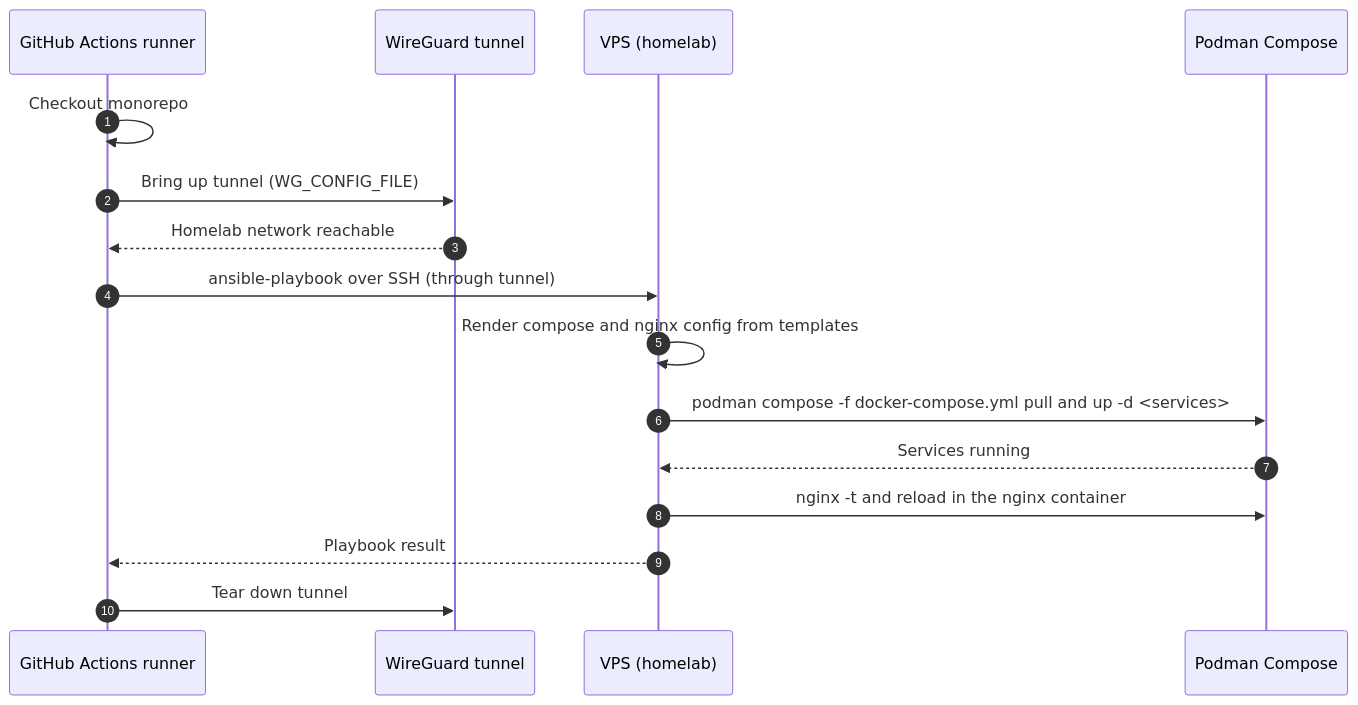
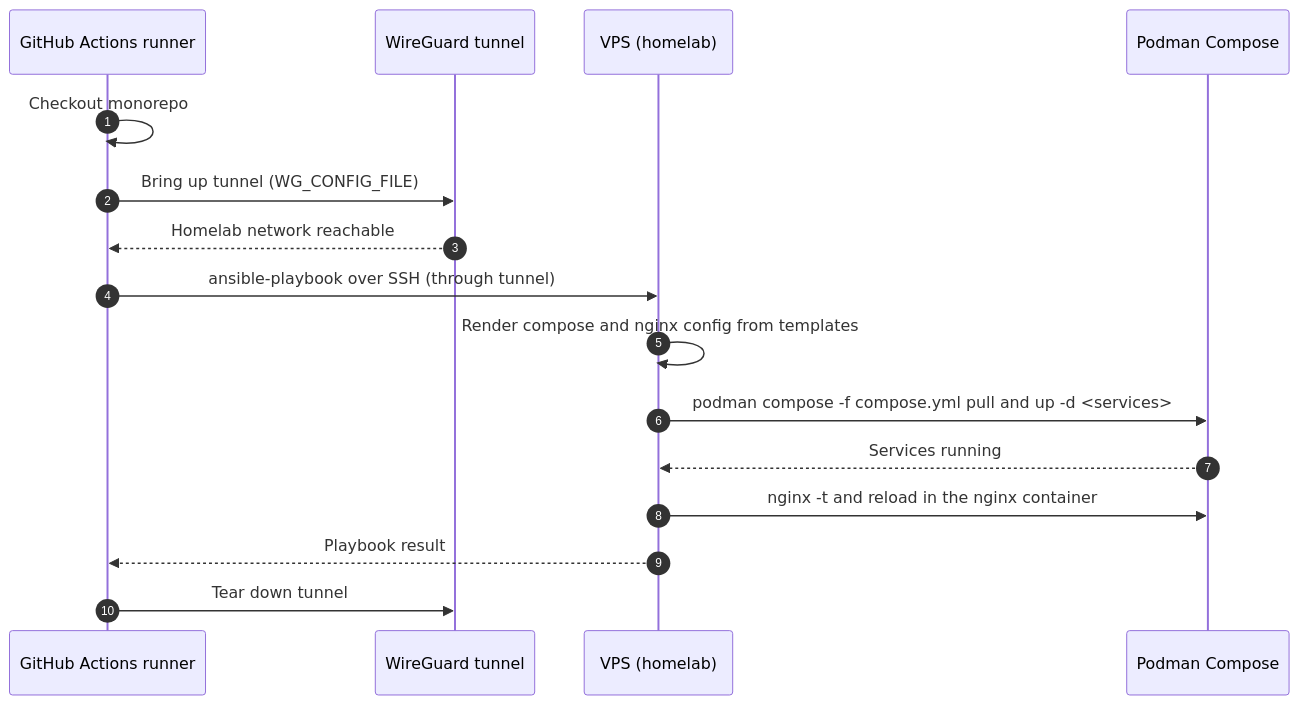
One commit to diogocerqueiralima/vehicle-tracker changed the diagram in vehicle-tracker-infrastructure/docs/overview.md. Above: the diagram before and after it, drawn with Mermaid. The commit also changed other lines of this file and 1 other file, not shown here.

Commit message:
refactor: rename docker-compose.yml to compose.yml

````diff
--- a/vehicle-tracker-infrastructure/docs/overview.md
+++ b/vehicle-tracker-infrastructure/docs/overview.md
@@ -24,19 +24,19 @@
 ```mermaid
 sequenceDiagram
     autonumber
     participant GH as GitHub Actions runner
     participant WG as WireGuard tunnel
     participant VPS as VPS (homelab)
     participant DC as Podman Compose
 
     GH->>GH: Checkout monorepo
     GH->>WG: Bring up tunnel (WG_CONFIG_FILE)
     WG-->>GH: Homelab network reachable
     GH->>VPS: ansible-playbook over SSH (through tunnel)
     VPS->>VPS: Render compose and nginx config from templates
-    VPS->>DC: podman compose -f docker-compose.yml pull and up -d <services>
+    VPS->>DC: podman compose -f compose.yml pull and up -d <services>
     DC-->>VPS: Services running
     VPS->>DC: nginx -t and reload in the nginx container
     VPS-->>GH: Playbook result
     GH->>WG: Tear down tunnel
 ```
````
